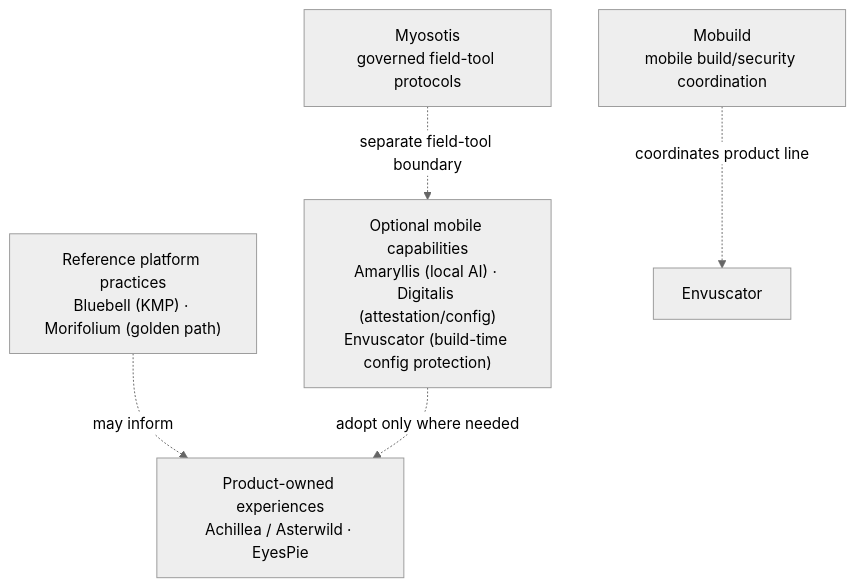
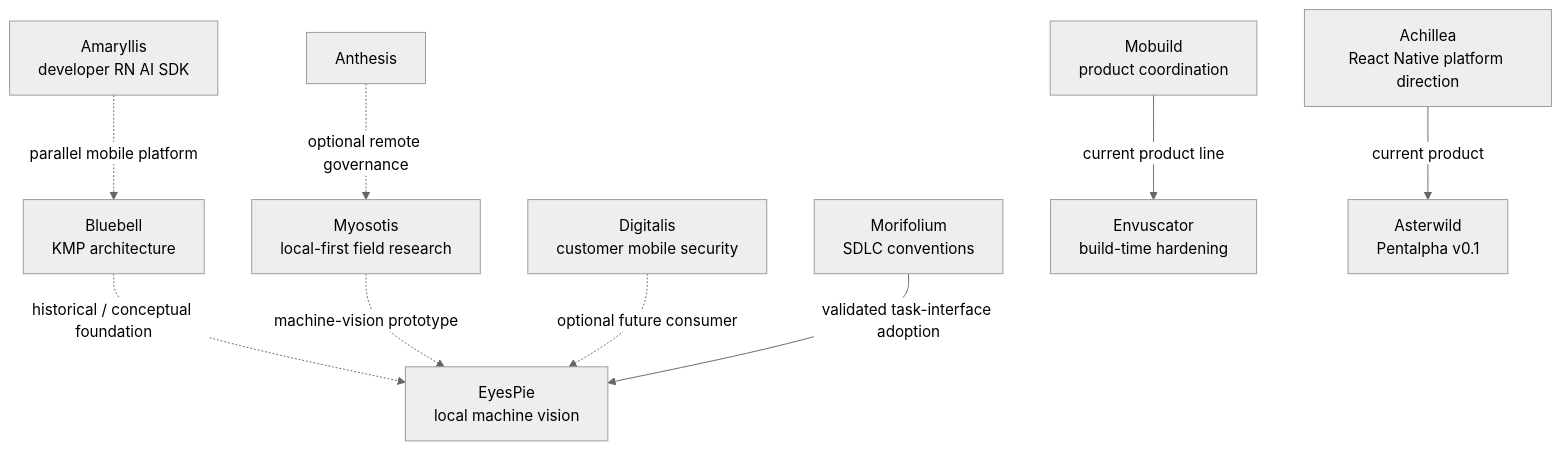
One commit to hackelia-micrantha/.github changed the fourth of 6 diagrams in docs/architecture/ecosystem-integration.md. Above: the diagram before and after it, drawn with Mermaid (neutral theme). The commit also changed other lines of this file, not shown here.

````diff
--- a/docs/architecture/ecosystem-integration.md
+++ b/docs/architecture/ecosystem-integration.md
@@ -80,13 +93,11 @@
 ```mermaid
 flowchart TB
-    Path["Reference platform practices<br/>Bluebell (KMP) · Morifolium (golden path)"]
-    Cap["Optional mobile capabilities<br/>Amaryllis (local AI) · Digitalis (attestation/config)<br/>Envuscator (build-time config protection)"]
-    Apps["Product-owned experiences<br/>Achillea / Asterwild · EyesPie"]
-    Field["Myosotis<br/>governed field-tool protocols"]
-    Mob["Mobuild<br/>mobile build/security coordination"]
-
-    Path -. "may inform" .-> Apps
-    Cap -. "adopt only where needed" .-> Apps
-    Mob -. "coordinates product line" .-> Env["Envuscator"]
-    Field -. "separate field-tool boundary" .-> Cap
+    Blue["Bluebell<br/>KMP architecture"] -. "historical / conceptual foundation" .-> Eyes["EyesPie<br/>local machine vision"]
+    Myo["Myosotis<br/>local-first field research"] -. "machine-vision prototype" .-> Eyes
+    Ant["Anthesis"] -. "optional remote governance" .-> Myo
+    Dig["Digitalis<br/>customer mobile security"] -. "optional future consumer" .-> Eyes
+    Mor["Morifolium<br/>SDLC conventions"] -->|"validated task-interface adoption"| Eyes
+    Amy["Amaryllis<br/>developer RN AI SDK"] -. "parallel mobile platform" .-> Blue
+    Mob["Mobuild<br/>product coordination"] -->|"current product line"| Env["Envuscator<br/>build-time hardening"]
+    Ach["Achillea<br/>React Native platform direction"] -->|"current product"| Aster["Asterwild<br/>Pentalpha v0.1"]
 ```
````
